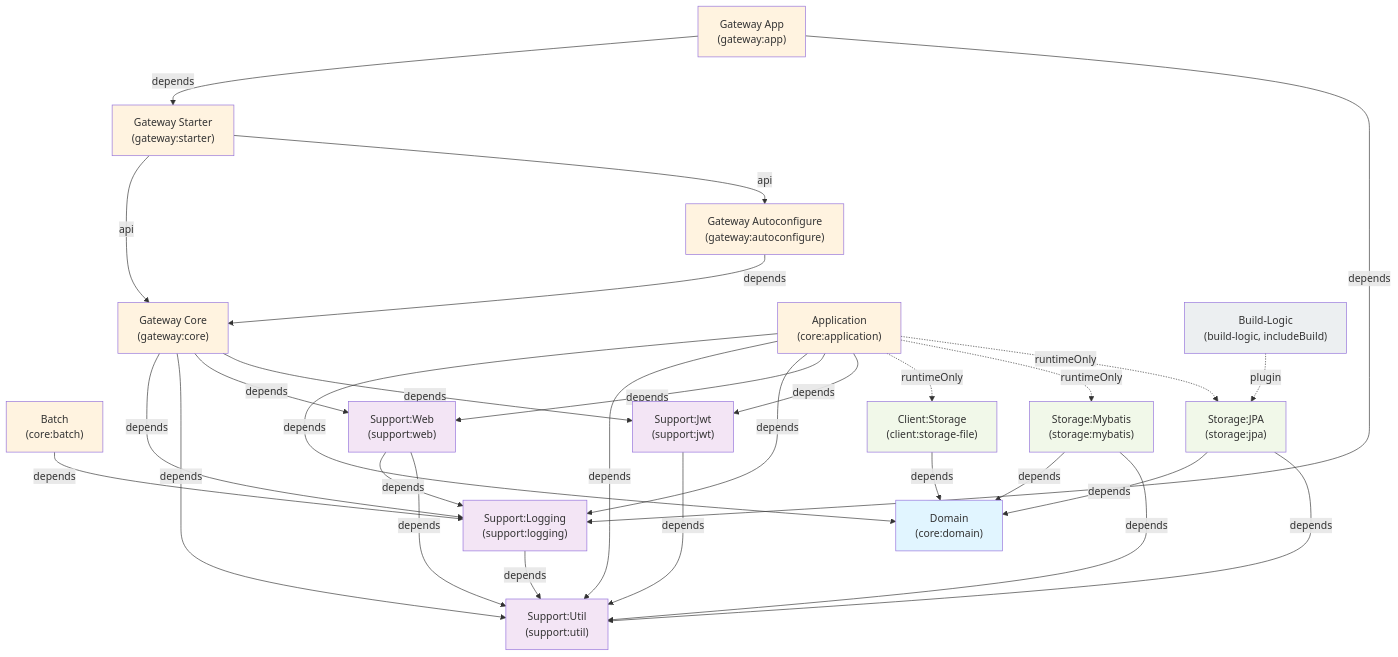
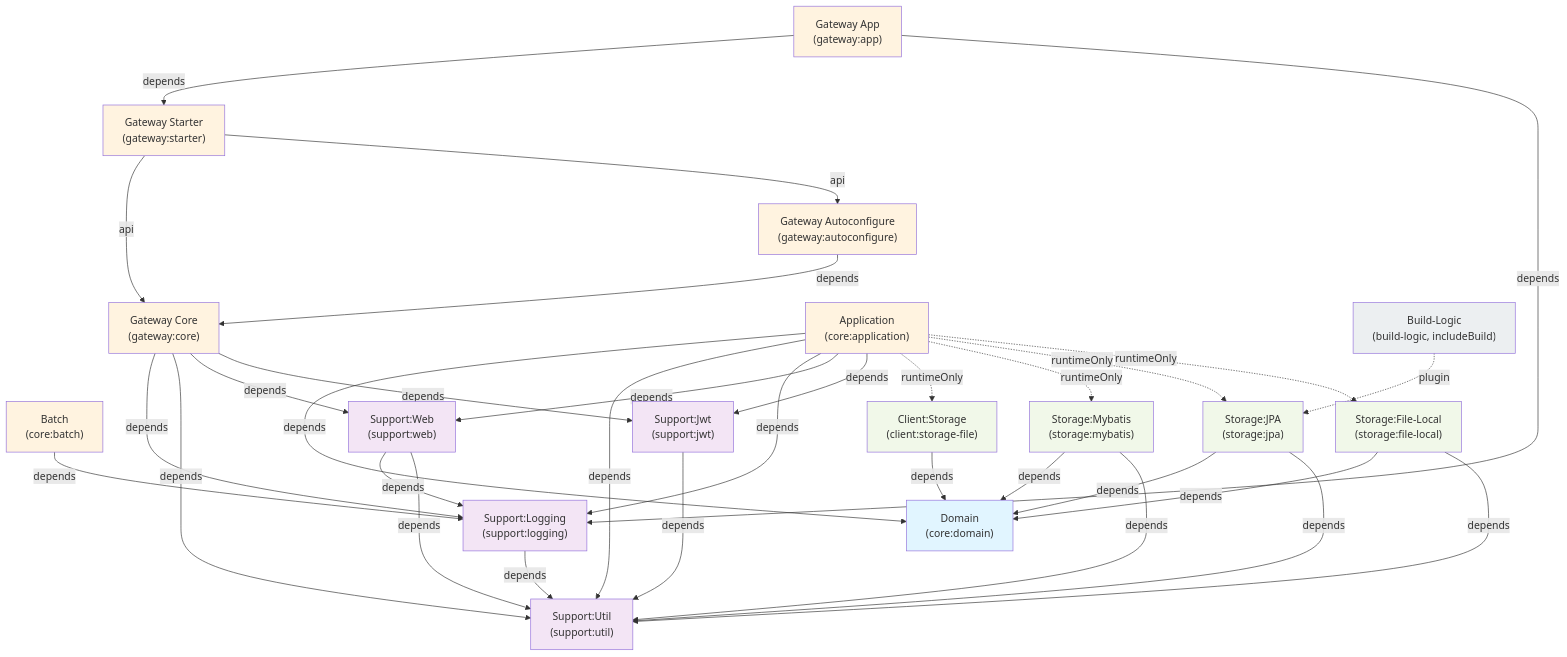
Before and after one commit to dev-inho/backend-init: the diagram in docs/ARCHITECTURE.md, drawn with Mermaid. The commit also changed other lines of this file and 6 other files, not shown here.

````diff
--- a/docs/ARCHITECTURE.md
+++ b/docs/ARCHITECTURE.md
@@ -392,75 +461,81 @@
 ```mermaid
 graph TD
     GW_APP["Gateway App<br/>(gateway:app)"]
     GW_STARTER["Gateway Starter<br/>(gateway:starter)"]
     GW_AUTO["Gateway Autoconfigure<br/>(gateway:autoconfigure)"]
     GW_CORE["Gateway Core<br/>(gateway:core)"]
     APP["Application<br/>(core:application)"]
     BAT["Batch<br/>(core:batch)"]
     DOM["Domain<br/>(core:domain)"]
     CSF["Client:Storage<br/>(client:storage-file)"]
     MYB["Storage:Mybatis<br/>(storage:mybatis)"]
     JPA["Storage:JPA<br/>(storage:jpa)"]
+    SFL["Storage:File-Local<br/>(storage:file-local)"]
     LOG["Support:Logging<br/>(support:logging)"]
     UTL["Support:Util<br/>(support:util)"]
     WEB["Support:Web<br/>(support:web)"]
     JWT["Support:Jwt<br/>(support:jwt)"]
     BL["Build-Logic<br/>(build-logic, includeBuild)"]
 
     GW_APP -->|depends| GW_STARTER
     GW_APP -->|depends| LOG
 
     GW_STARTER -->|api| GW_CORE
     GW_STARTER -->|api| GW_AUTO
 
     GW_AUTO -->|depends| GW_CORE
 
     GW_CORE -->|depends| LOG
     GW_CORE -->|depends| UTL
     GW_CORE -->|depends| WEB
     GW_CORE -->|depends| JWT
 
     APP -->|depends| DOM
     APP -->|depends| UTL
     APP -->|depends| LOG
     APP -->|depends| WEB
     APP -->|depends| JWT
     APP -.->|runtimeOnly| CSF
     APP -.->|runtimeOnly| MYB
     APP -.->|runtimeOnly| JPA
+    APP -.->|runtimeOnly| SFL
 
     BAT -->|depends| LOG
 
     CSF -->|depends| DOM
 
     MYB -->|depends| DOM
     MYB -->|depends| UTL
 
     JPA -->|depends| DOM
     JPA -->|depends| UTL
+
+    SFL -->|depends| DOM
+    SFL -->|depends| UTL
 
     WEB -->|depends| LOG
     WEB -->|depends| UTL
 
     JWT -->|depends| UTL
 
     LOG -->|depends| UTL
 
     BL -.->|plugin| JPA
 
     style DOM fill:#e1f5ff
     style UTL fill:#f3e5f5
     style LOG fill:#f3e5f5
     style WEB fill:#f3e5f5
     style JWT fill:#f3e5f5
     style GW_APP fill:#fff3e0
     style GW_STARTER fill:#fff3e0
     style GW_AUTO fill:#fff3e0
     style GW_CORE fill:#fff3e0
     style APP fill:#fff3e0
     style BAT fill:#fff3e0
     style CSF fill:#f1f8e9
     style MYB fill:#f1f8e9
     style JPA fill:#f1f8e9
+    style SFL fill:#f1f8e9
     style BL fill:#eceff1
 ```
````
